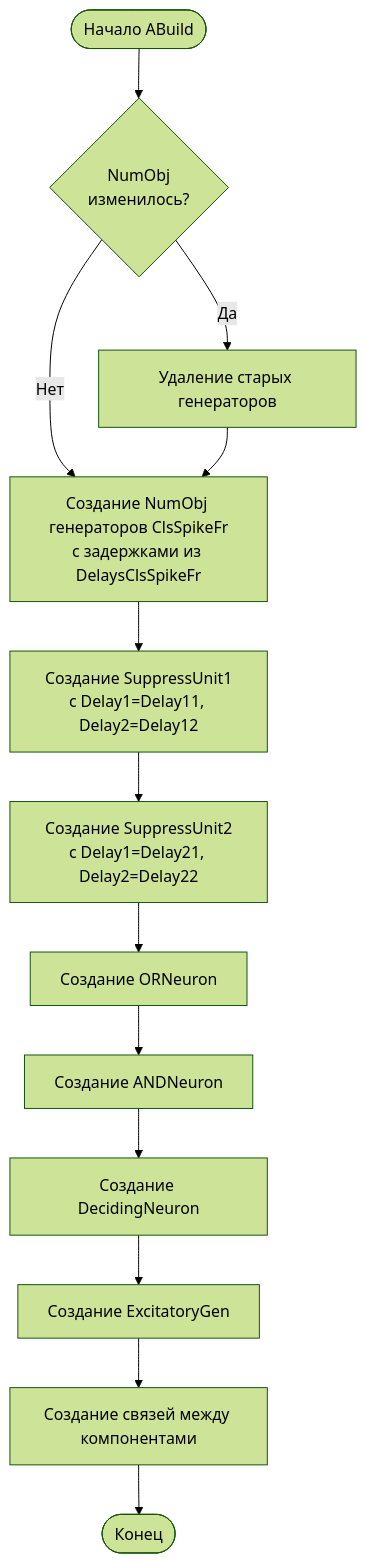
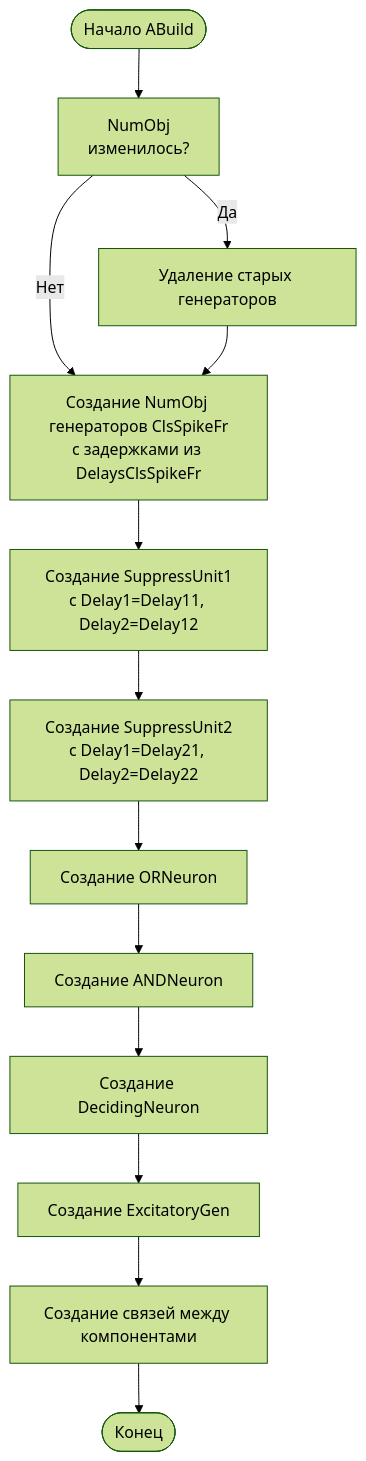
The fourth of 5 diagrams in Docs/Components/NObjInArea.md (aicommunity/Nmsdk-MotionControlLib), drawn with Mermaid (forest theme) before and after one commit. The commit also changed other lines of this file and 39 other files, not shown here.

First line of the commit message:
docs(motion): normalize mermaid node ids with quoted labels

````diff
--- a/Docs/Components/NObjInArea.md
+++ b/Docs/Components/NObjInArea.md
@@ -115,15 +115,15 @@
 ```mermaid
 flowchart TD
-    Start([Начало ABuild]) --> CheckObj{NumObj<br/>изменилось?}
+    Start([Начало ABuild]) --> CheckObj["NumObj<br/>изменилось?"]
     CheckObj -->|Да| DeleteOld[Удаление старых генераторов]
     CheckObj -->|Нет| CreateGenerators
-    DeleteOld --> CreateGenerators[Создание NumObj генераторов ClsSpikeFr<br/>с задержками из DelaysClsSpikeFr]
-    CreateGenerators --> CreateSuppress1[Создание SuppressUnit1<br/>с Delay1=Delay11, Delay2=Delay12]
-    CreateSuppress1 --> CreateSuppress2[Создание SuppressUnit2<br/>с Delay1=Delay21, Delay2=Delay22]
+    DeleteOld --> CreateGenerators["Создание NumObj генераторов ClsSpikeFr<br/>с задержками из DelaysClsSpikeFr"]
+    CreateGenerators --> CreateSuppress1["Создание SuppressUnit1<br/>с Delay1=Delay11, Delay2=Delay12"]
+    CreateSuppress1 --> CreateSuppress2["Создание SuppressUnit2<br/>с Delay1=Delay21, Delay2=Delay22"]
     CreateSuppress2 --> CreateOR[Создание ORNeuron]
     CreateOR --> CreateAND[Создание ANDNeuron]
     CreateAND --> CreateDeciding[Создание DecidingNeuron]
     CreateDeciding --> CreateExcitatory[Создание ExcitatoryGen]
     CreateExcitatory --> LinkComponents[Создание связей между компонентами]
     LinkComponents --> End([Конец])
 ```
````
